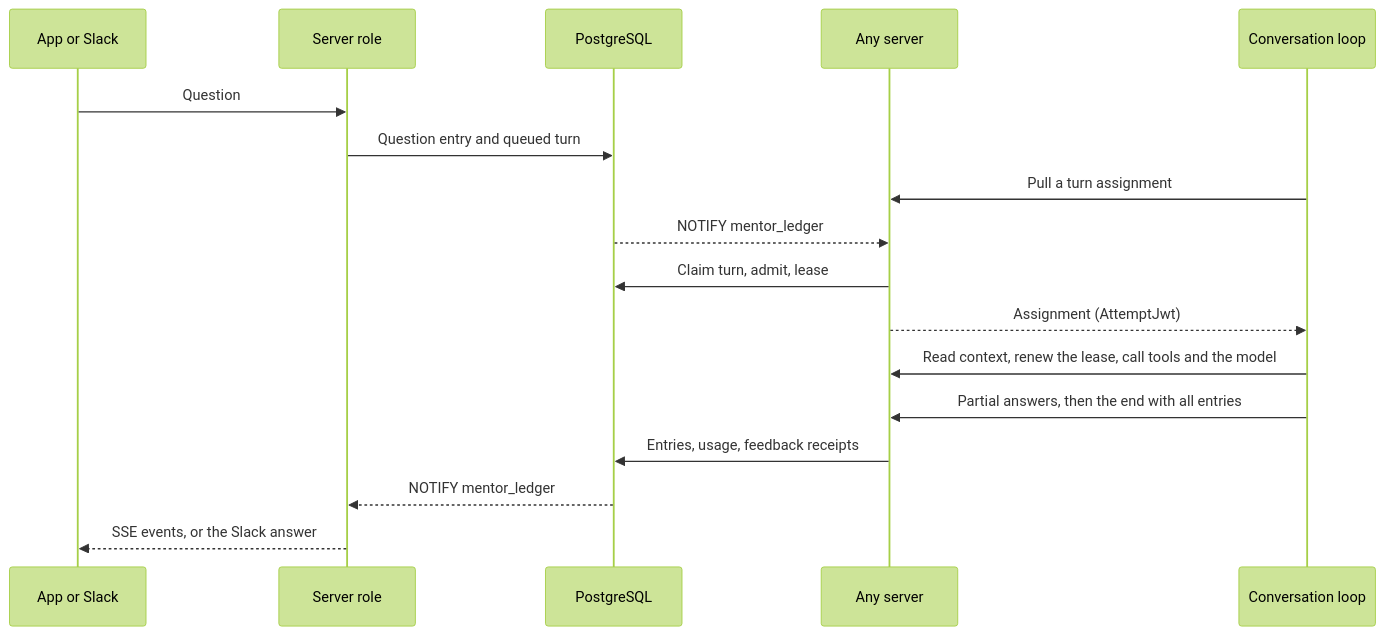
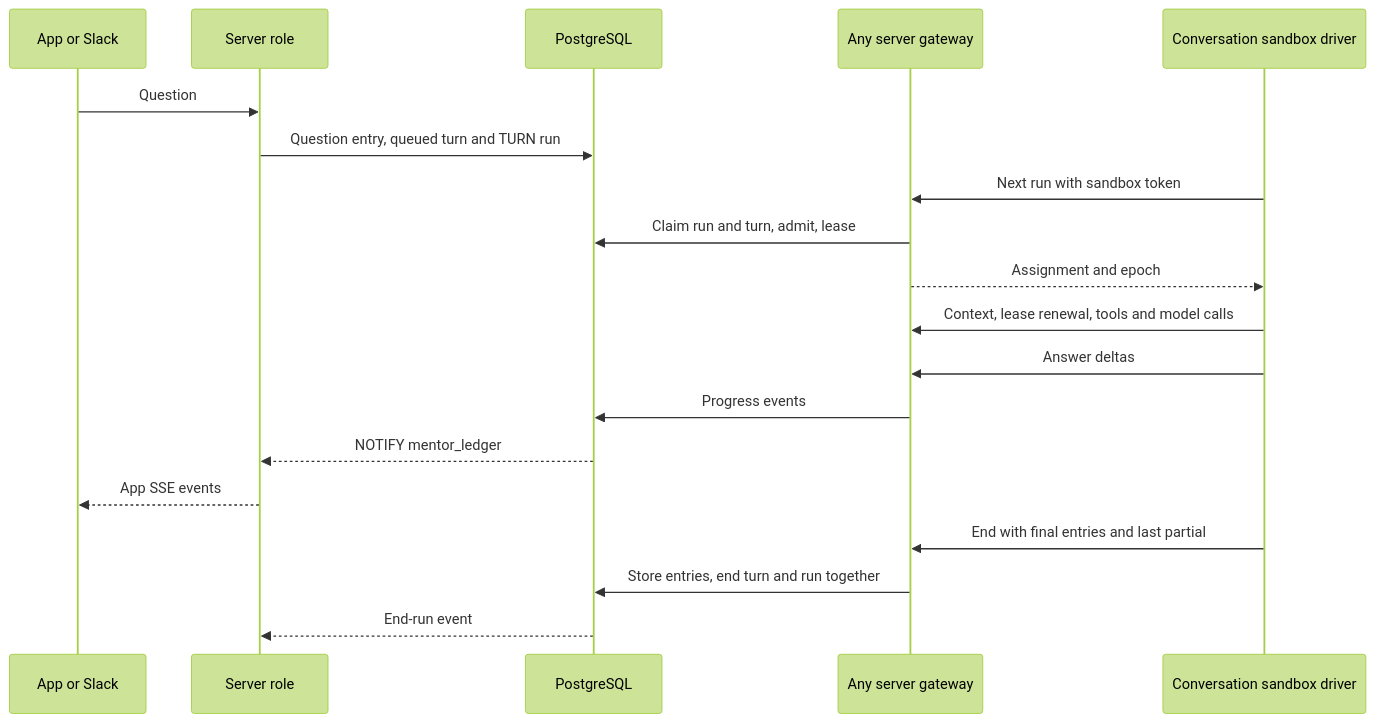
One commit to hephaestus-build/Hephaestus changed the third of 3 diagrams in docs/contributor/system-design.mdx. Above: the diagram before and after it, drawn with Mermaid (forest theme). The commit also changed other lines of this file and 279 other files, not shown here.

Commit message:
refactor(server): run conversation turns in shared sandboxes

````diff
--- a/docs/contributor/system-design.mdx
+++ b/docs/contributor/system-design.mdx
@@ -132,21 +130,23 @@
 ```mermaid
 sequenceDiagram
     accTitle: One conversation turn
-    accDescr: The server stores the question and a queued turn. The conversation loop pulls an assignment from a server, which claims the turn. The loop reads the context, renews the lease, reports partial answers, and sends all entries with the end of the turn, each call to any server. The server streams changes to the app and posts Slack answers.
+    accDescr: The server stores the question, queued turn and TURN run. The conversation sandbox driver claims the run, renews its lease and sends deltas through any server gateway. PostgreSQL notifies each live hub for app SSE. The end stores the final entries and ends the turn and run together.
     participant C as App or Slack
     participant S as Server role
     participant DB as PostgreSQL
-    participant W as Any server
-    participant L as Conversation loop
+    participant W as Any server gateway
+    participant L as Conversation sandbox driver
     C->>S: Question
-    S->>DB: Question entry and queued turn
-    L->>W: Pull a turn assignment
-    DB-->>W: NOTIFY mentor_ledger
-    W->>DB: Claim turn, admit, lease
-    W-->>L: Assignment (AttemptJwt)
-    L->>W: Read context, renew the lease, call tools and the model
-    L->>W: Partial answers, then the end with all entries
-    W->>DB: Entries, usage, feedback receipts
+    S->>DB: Question entry, queued turn and TURN run
+    L->>W: Next run with sandbox token
+    W->>DB: Claim run and turn, admit, lease
+    W-->>L: Assignment and epoch
+    L->>W: Context, lease renewal, tools and model calls
+    L->>W: Answer deltas
+    W->>DB: Progress events
     DB-->>S: NOTIFY mentor_ledger
-    S-->>C: SSE events, or the Slack answer
+    S-->>C: App SSE events
+    L->>W: End with final entries and last partial
+    W->>DB: Store entries, end turn and run together
+    DB-->>S: End-run event
 ```
````
